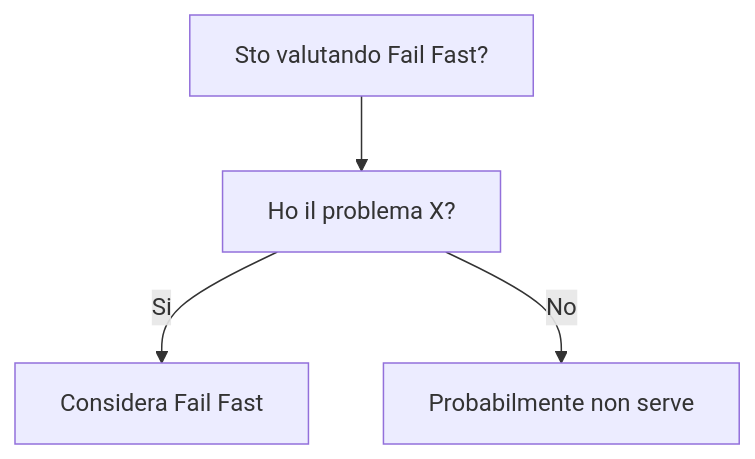
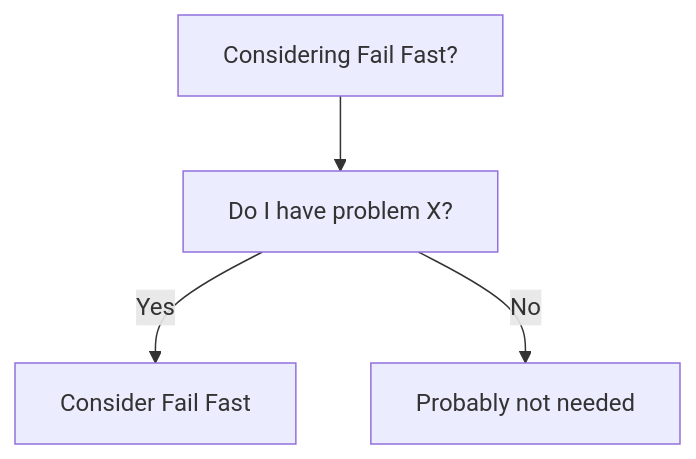
The diagram in dev-wiki/01_Foundations/Fail_Fast/When_To_Use.md (HxT9/Software-Dev-Wiki), drawn with Mermaid before and after one commit. The commit also changed other lines of this file and 3444 other files, not shown here.

````diff
--- a/dev-wiki/01_Foundations/Fail_Fast/When_To_Use.md
+++ b/dev-wiki/01_Foundations/Fail_Fast/When_To_Use.md
@@ -19,6 +19,6 @@
 ```mermaid
 flowchart TD
-  Q[Sto valutando Fail Fast?] --> Q1[Ho il problema X?]
-  Q1 -->|Si| OK[Considera Fail Fast]
-  Q1 -->|No| NO[Probabilmente non serve]
+  Q[Considering Fail Fast?] --> Q1[Do I have problem X?]
+  Q1 -->|Yes| OK[Consider Fail Fast]
+  Q1 -->|No| NO[Probably not needed]
 ```
````
